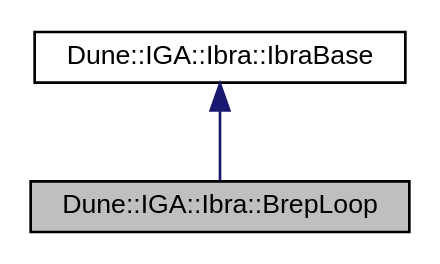
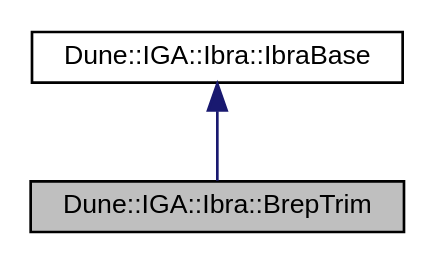
The diagram in de/de5/a01123.dot (rath3t/dune-iga-doc), drawn with Graphviz before and after one commit. The commit also changed 834 other files, not shown here.

Commit message:
deploy: rath3t/dune-iga@4029b7012355f20c5551990b3dfaf1e790af0da3

```diff
--- a/de/de5/a01123.dot
+++ b/de/de5/a01123.dot
@@ -1,9 +1,9 @@
-digraph "Dune::IGA::Ibra::BrepLoop"
+digraph "Dune::IGA::Ibra::BrepTrim"
 {
  // LATEX_PDF_SIZE
   edge [fontname="Helvetica",fontsize="10",labelfontname="Helvetica",labelfontsize="10"];
   node [fontname="Helvetica",fontsize="10",shape=record];
-  Node1 [label="Dune::IGA::Ibra::BrepLoop",height=0.2,width=0.4,color="black", fillcolor="grey75", style="filled", fontcolor="black",tooltip=" "];
+  Node1 [label="Dune::IGA::Ibra::BrepTrim",height=0.2,width=0.4,color="black", fillcolor="grey75", style="filled", fontcolor="black",tooltip=" "];
   Node2 -> Node1 [dir="back",color="midnightblue",fontsize="10",style="solid",fontname="Helvetica"];
-  Node2 [label="Dune::IGA::Ibra::IbraBase",height=0.2,width=0.4,color="black", fillcolor="white", style="filled",URL="$dd/dcb/a01104.html",tooltip=" "];
+  Node2 [label="Dune::IGA::Ibra::IbraBase",height=0.2,width=0.4,color="black", fillcolor="white", style="filled",URL="$d0/d39/a01112.html",tooltip=" "];
 }
```
